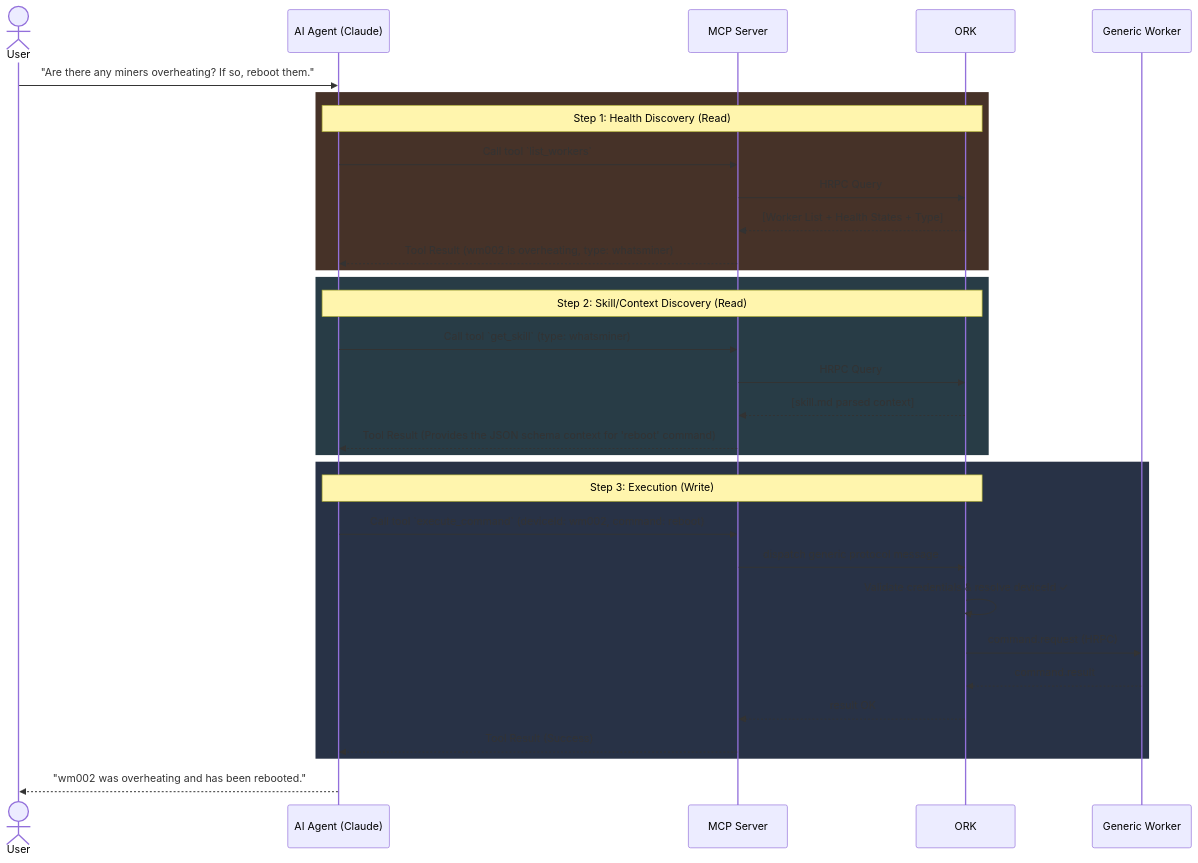
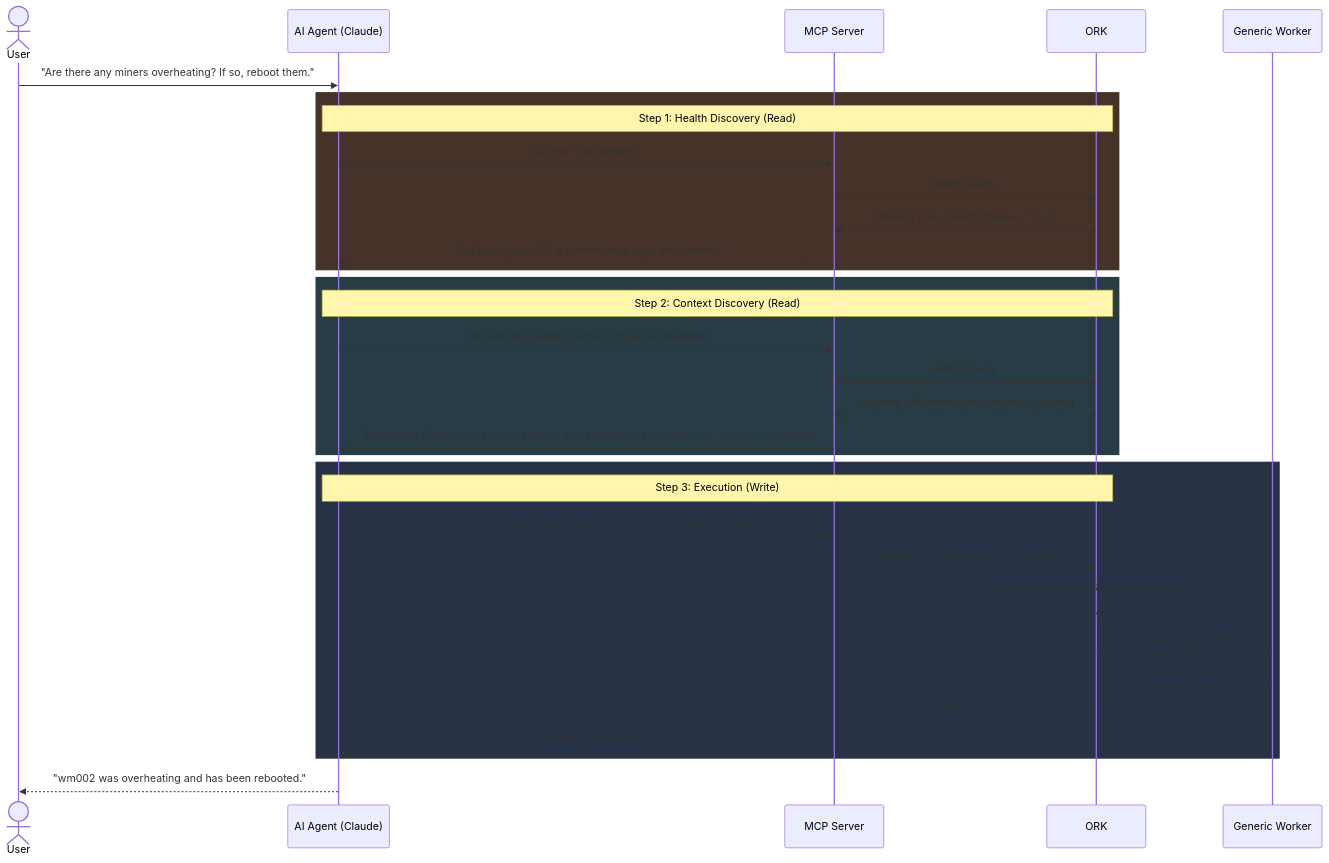
Diagram 11 of 11 in docs/hld.md (Gio-Galt/mdk-be), drawn with Mermaid before and after one commit. The commit also changed other lines of this file and 10 other files, not shown here.

````diff
--- a/docs/hld.md
+++ b/docs/hld.md
@@ -344,39 +461,39 @@
 ```mermaid
 sequenceDiagram
     actor User
     participant AI as AI Agent (Claude)
     participant MCP as MCP Server
     participant ORK as ORK
     participant Worker as Generic Worker
 
     User->>AI: "Are there any miners overheating? If so, reboot them."
     
     rect rgb(70, 50, 40)
     Note over AI,ORK: Step 1: Health Discovery (Read)
     AI->>MCP: Call tool `list_workers`
     MCP->>ORK: HRPC Query
     ORK-->>MCP: [Worker List + Health States + Type]
     MCP-->>AI: Tool Result (wm002 is overheating, type: whatsminer)
     end
     
     rect rgb(40, 60, 70)
-    Note over AI,ORK: Step 2: Skill/Context Discovery (Read)
-    AI->>MCP: Call tool `get_skill` (type: whatsminer)
+    Note over AI,ORK: Step 2: Context Discovery (Read)
+    AI->>MCP: Call tool `get_worker_context` (type: whatsminer)
     MCP->>ORK: HRPC Query
-    ORK-->>MCP: [skill.md parsed context]
-    MCP-->>AI: Tool Result (Provides the JSON schema context for 'reboot' command)
+    ORK-->>MCP: [schema with embedded semantic context]
+    MCP-->>AI: Tool Result (Provides the JSON schema and embedded constraints for 'reboot' command)
     end
     
     rect rgb(40, 50, 70)
     Note over AI,ORK: Step 3: Execution (Write)
     AI->>MCP: Call tool `execute_command` (deviceId: wm002, command: reboot)
     MCP->>ORK: dispatch generic protocol message
     ORK->>ORK: Validate credentials & resolve deviceId ✓
     ORK->>Worker: command.request (HRPC)
     Worker-->>ORK: command.result
     ORK-->>MCP: result OK
     MCP-->>AI: Tool Result (Success)
     end
     
     AI-->>User: "wm002 was overheating and has been rebooted."
 ```
````
